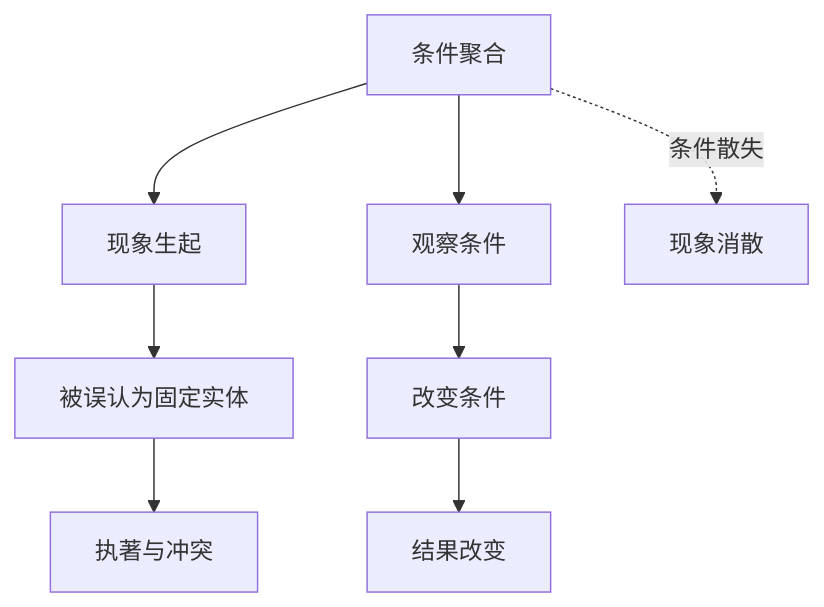
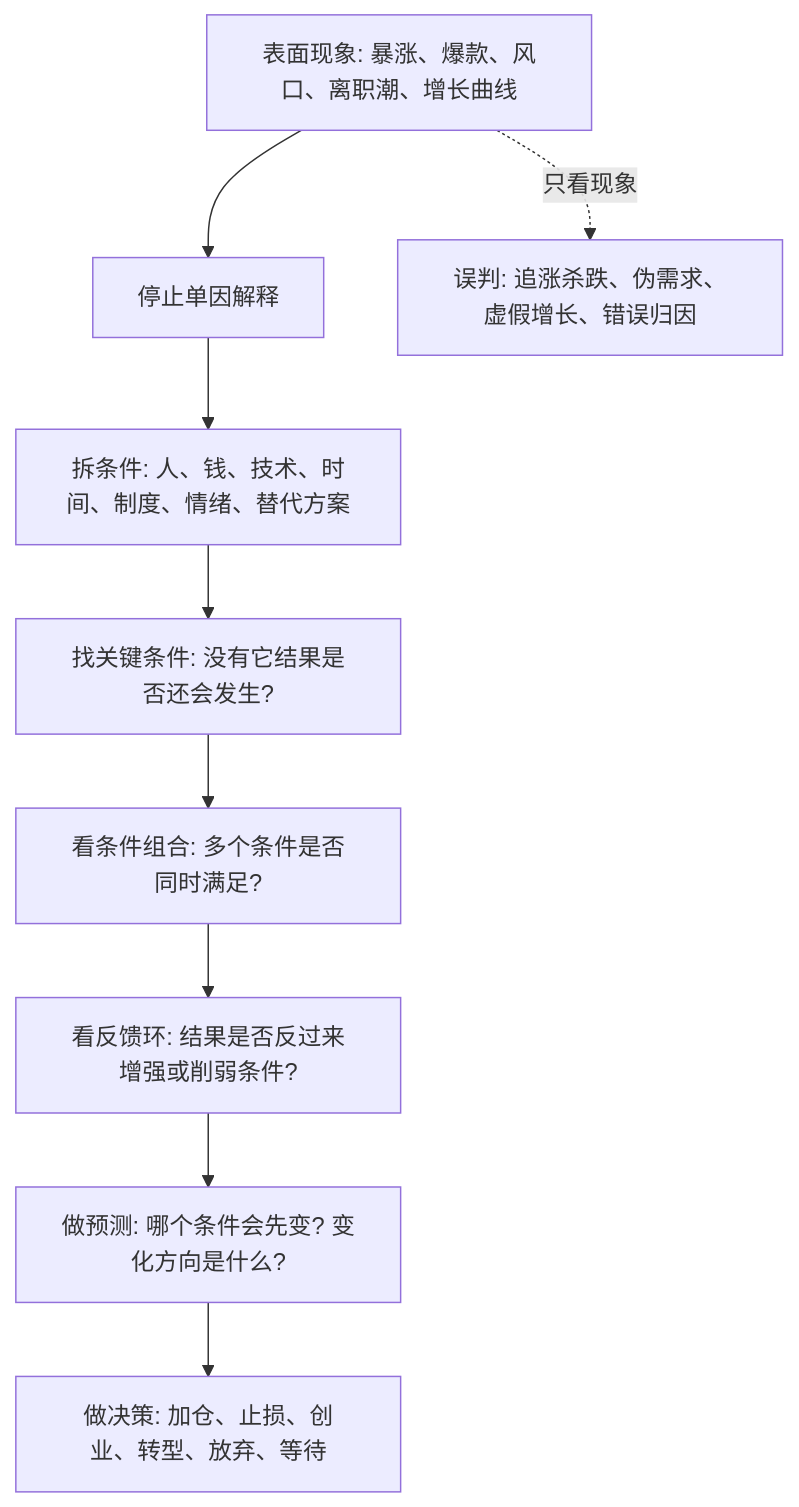
One commit to digoal/blog changed the diagram in 202605/20260518_59.md. Above: the diagram before and after it, drawn with Mermaid. The commit also changed other lines of this file and 15 other files, not shown here.

````diff
--- a/202605/20260518_59.md
+++ b/202605/20260518_59.md
@@ -22,10 +24,11 @@
 ```mermaid
 flowchart TD
-  A["条件聚合"] --> B["现象生起"]
-  B --> C["被误认为固定实体"]
-  C --> D["执著与冲突"]
-  A --> E["观察条件"]
-  E --> F["改变条件"]
-  F --> G["结果改变"]
-  A -. "条件散失" .-> H["现象消散"]
+  A["表面现象: 暴涨、爆款、风口、离职潮、增长曲线"] --> B["停止单因解释"]
+  B --> C["拆条件: 人、钱、技术、时间、制度、情绪、替代方案"]
+  C --> D["找关键条件: 没有它结果是否还会发生?"]
+  D --> E["看条件组合: 多个条件是否同时满足?"]
+  E --> F["看反馈环: 结果是否反过来增强或削弱条件?"]
+  F --> G["做预测: 哪个条件会先变? 变化方向是什么?"]
+  G --> H["做决策: 加仓、止损、创业、转型、放弃、等待"]
+  A -. "只看现象" .-> I["误判: 追涨杀跌、伪需求、虚假增长、错误归因"]
 ```
````
